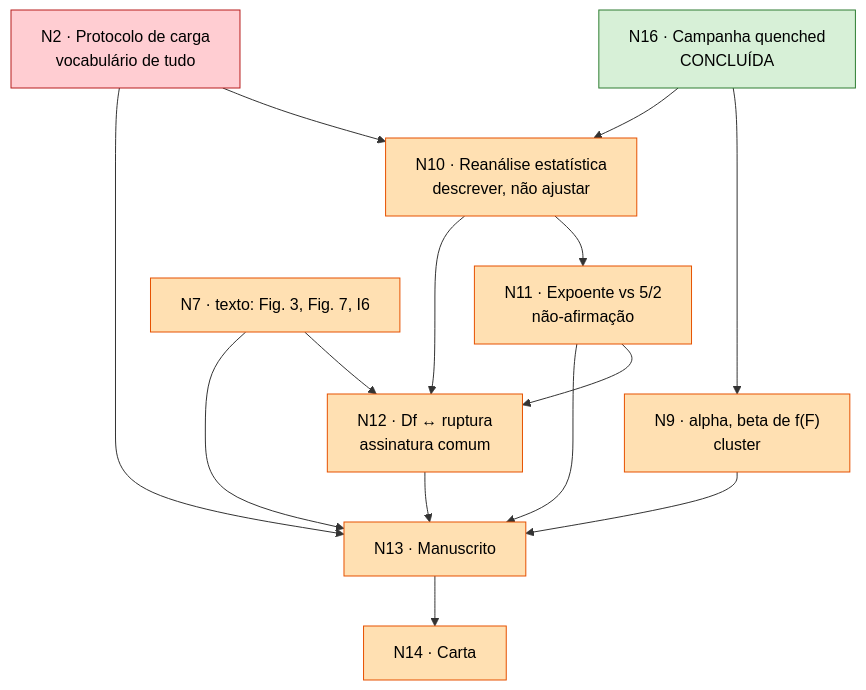
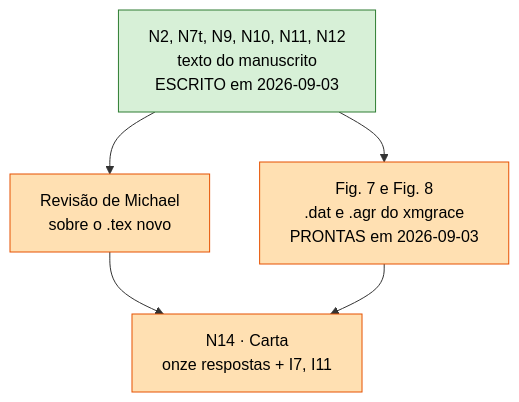
One commit to michaelsouza/dla-collagen changed the diagram in Reviews/Estado_revisao_ER12738.md. Above: the diagram before and after it, drawn with Mermaid. The commit also changed other lines of this file, not shown here.

````diff
--- a/Reviews/Estado_revisao_ER12738.md
+++ b/Reviews/Estado_revisao_ER12738.md
@@ -40,33 +40,17 @@
 ```mermaid
 graph TD
-  N16["N16 · Campanha quenched<br/>CONCLUÍDA"]
-  N2["N2 · Protocolo de carga<br/>vocabulário de tudo"]
-  N9["N9 · alpha, beta de f(F)<br/>cluster"]
-  N10["N10 · Reanálise estatística<br/>descrever, não ajustar"]
-  N11["N11 · Expoente vs 5/2<br/>não-afirmação"]
-  N12["N12 · Df ↔ ruptura<br/>assinatura comum"]
-  N7t["N7 · texto: Fig. 3, Fig. 7, I6"]
-  N13["N13 · Manuscrito"]
-  N14["N14 · Carta"]
+  TEXTO["N2, N7t, N9, N10, N11, N12<br/>texto do manuscrito<br/>ESCRITO em 2026-09-03"]
+  FIG["Fig. 7 e Fig. 8<br/>.dat e .agr do xmgrace<br/>PRONTAS em 2026-09-03"]
+  REV["Revisão de Michael<br/>sobre o .tex novo"]
+  N14["N14 · Carta<br/>onze respostas + I7, I11"]
 
-  N16 --> N9
-  N16 --> N10
-  N2 --> N10
-  N10 --> N11
-  N10 --> N12
-  N11 --> N12
-  N7t --> N12
-  N2 --> N13
-  N9 --> N13
-  N11 --> N13
-  N12 --> N13
-  N7t --> N13
-  N13 --> N14
+  TEXTO --> REV
+  TEXTO --> FIG
+  REV --> N14
+  FIG --> N14
 
   classDef feito fill:#d7f0d7,stroke:#2e7d32,color:#000;
   classDef aberto fill:#ffe0b2,stroke:#e65100,color:#000;
-  classDef critico fill:#ffcdd2,stroke:#b71c1c,color:#000;
-  class N16 feito;
-  class N9,N10,N11,N12,N7t,N13,N14 aberto;
-  class N2 critico;
+  class TEXTO feito;
+  class FIG,REV,N14 aberto;
 ```
````
